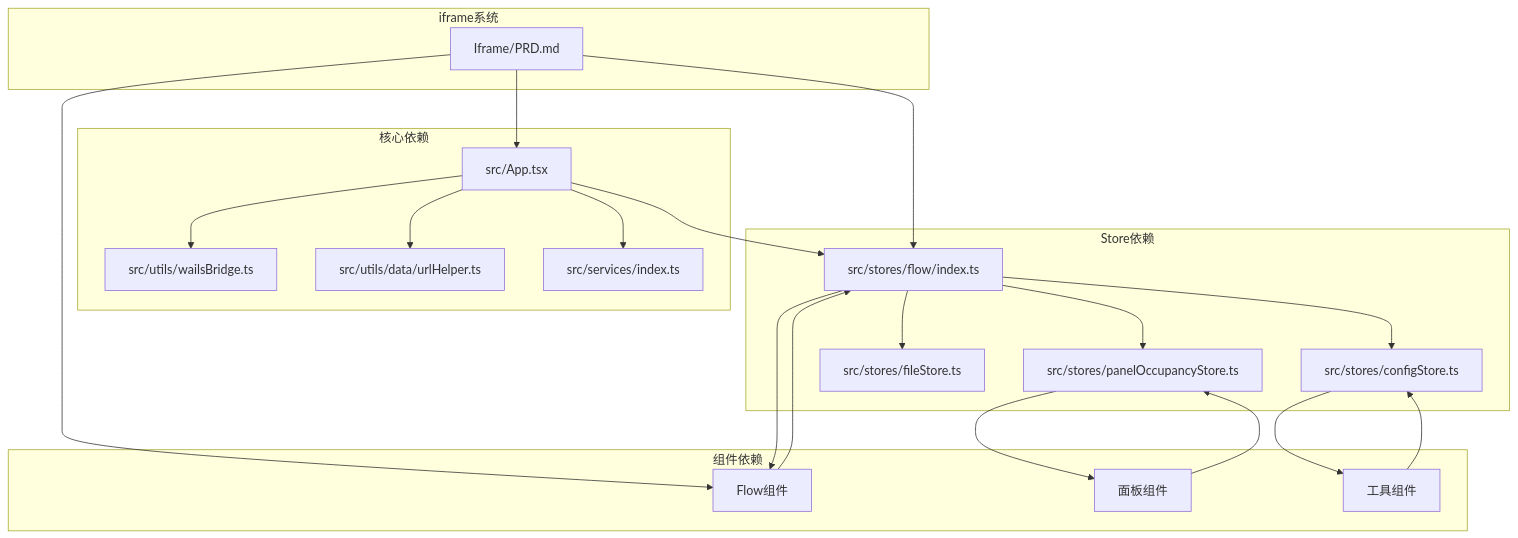
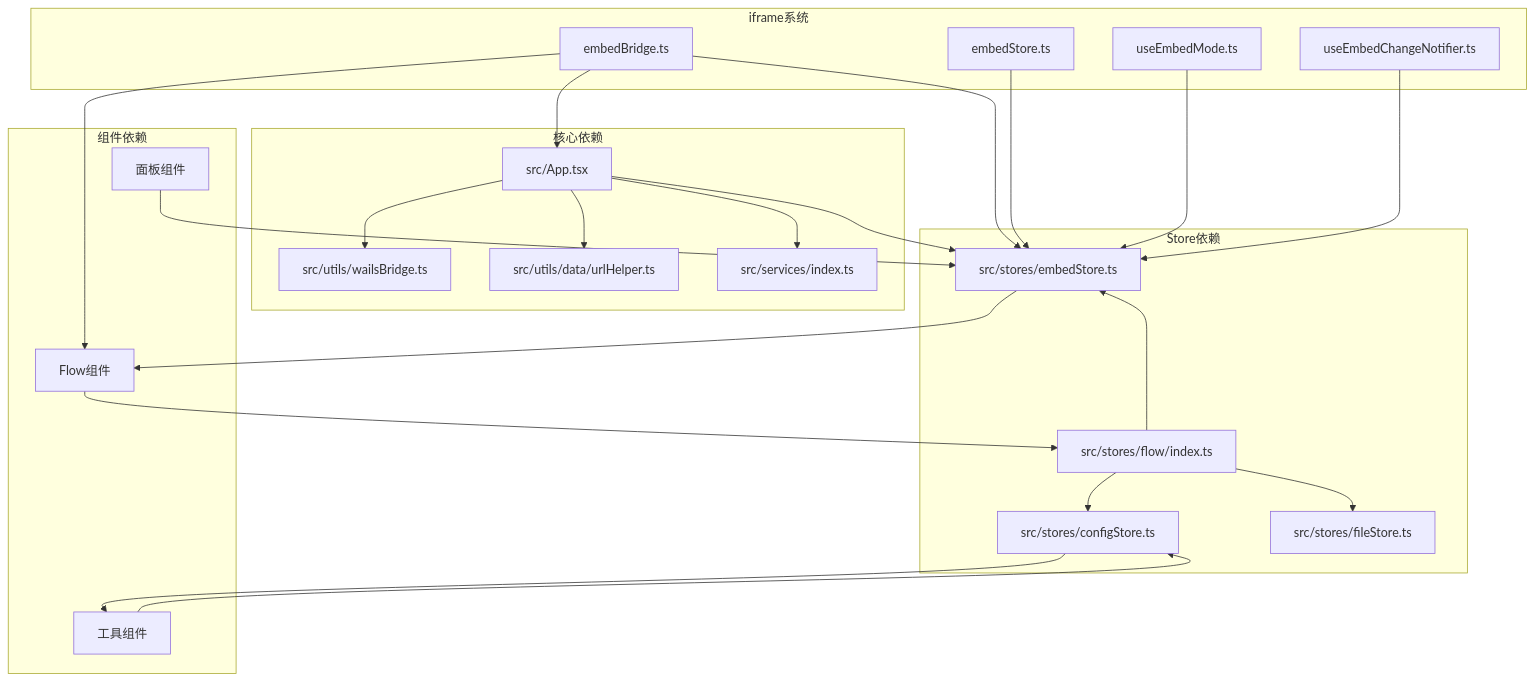
One commit to kqcoxn/MaaPipelineEditor changed the ninth of 9 diagrams in .qoder/repowiki/zh/content/核心概念/通信协议/iframe嵌入系统.md. Above: the diagram before and after it, drawn with Mermaid. The commit also changed other lines of this file and 5 other files, not shown here.

````diff
--- a/.qoder/repowiki/zh/content/核心概念/通信协议/iframe嵌入系统.md
+++ b/.qoder/repowiki/zh/content/核心概念/通信协议/iframe嵌入系统.md
@@ -330,27 +370,29 @@
 ```mermaid
 graph TB
 subgraph "核心依赖"
 A[src/App.tsx] --> B[src/utils/wailsBridge.ts]
 A --> C[src/utils/data/urlHelper.ts]
 A --> D[src/services/index.ts]
 end
 subgraph "Store依赖"
-E[src/stores/flow/index.ts] --> F[src/stores/panelOccupancyStore.ts]
+E[src/stores/flow/index.ts] --> F[src/stores/embedStore.ts]
 E --> G[src/stores/configStore.ts]
 E --> H[src/stores/fileStore.ts]
 end
 subgraph "组件依赖"
 I[Flow组件] --> E
 J[面板组件] --> F
 K[工具组件] --> G
 end
 subgraph "iframe系统"
-L[Iframe/PRD.md] --> A
-L --> E
+L[embedBridge.ts] --> A
+L --> F
 L --> I
+M[embedStore.ts] --> F
+N[useEmbedMode.ts] --> F
+O[useEmbedChangeNotifier.ts] --> F
 end
-A --> E
-E --> I
-F --> J
+A --> F
+F --> I
 G --> K
 ```
````
